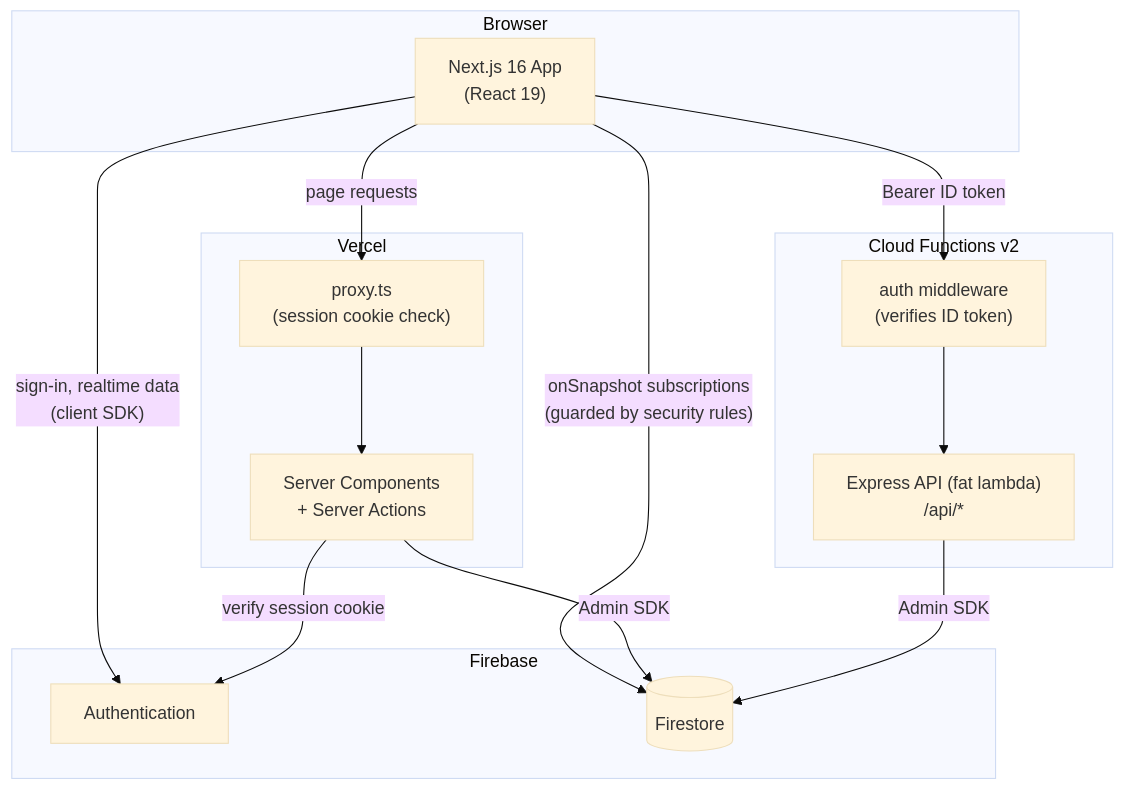
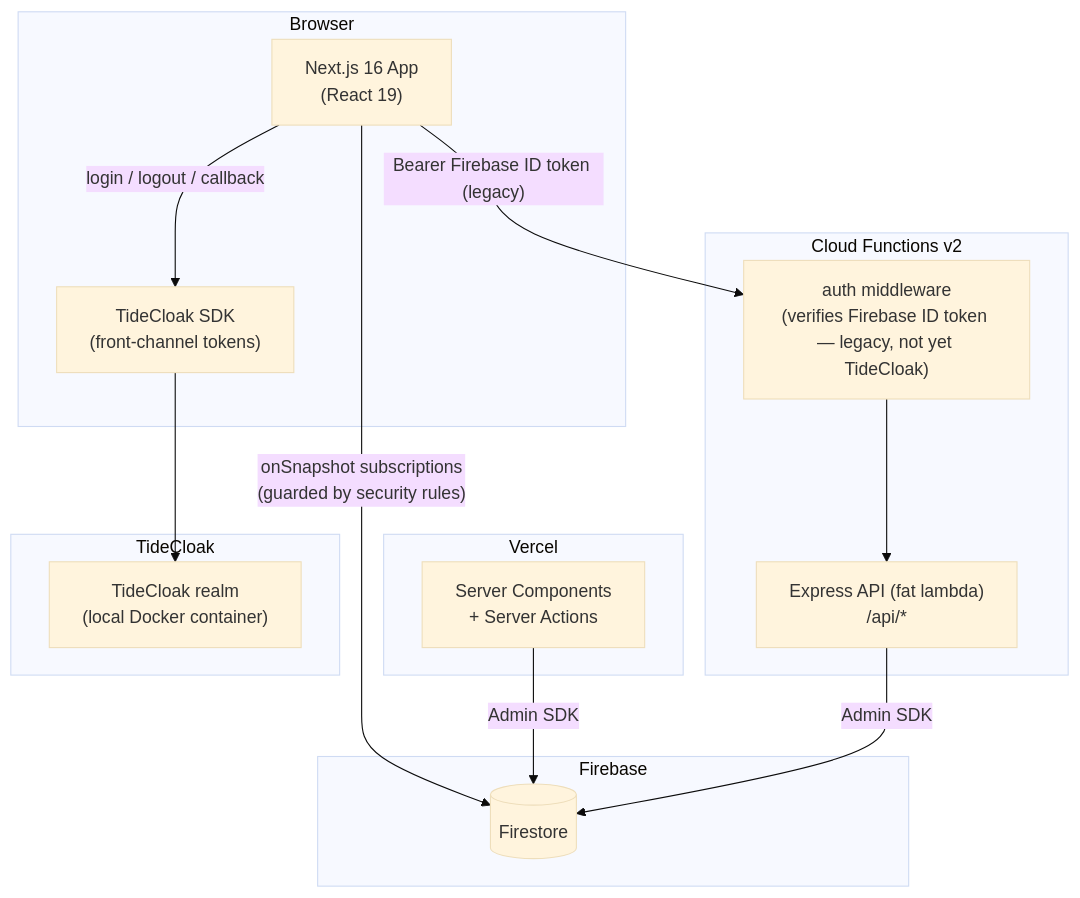
The first of 2 diagrams in docs/ARCHITECTURE.md (s3945794/Cyber-Immunity-Hackathon-Project-3), drawn with Mermaid (base theme) before and after one commit. The commit also changed other lines of this file and 39 other files, not shown here.

````diff
--- a/docs/ARCHITECTURE.md
+++ b/docs/ARCHITECTURE.md
@@ -9,29 +16,30 @@
 ```mermaid
 flowchart TB
     subgraph Browser
         UI["Next.js 16 App<br/>(React 19)"]
+        TC["TideCloak SDK<br/>(front-channel tokens)"]
     end
 
     subgraph Vercel
         SC["Server Components<br/>+ Server Actions"]
-        PROXY["proxy.ts<br/>(session cookie check)"]
     end
 
     subgraph "Cloud Functions v2"
         API["Express API (fat lambda)<br/>/api/*"]
-        MW["auth middleware<br/>(verifies ID token)"]
+        MW["auth middleware<br/>(verifies Firebase ID token — legacy, not yet TideCloak)"]
+    end
+
+    subgraph TideCloak
+        TCS["TideCloak realm<br/>(local Docker container)"]
     end
 
     subgraph Firebase
-        AUTH["Authentication"]
         FS[("Firestore")]
     end
 
-    UI -->|"page requests"| PROXY --> SC
-    UI -->|"sign-in, realtime data<br/>(client SDK)"| AUTH
+    UI -->|"login / logout / callback"| TC --> TCS
     UI -->|"onSnapshot subscriptions<br/>(guarded by security rules)"| FS
-    UI -->|"Bearer ID token"| MW --> API
+    UI -->|"Bearer Firebase ID token (legacy)"| MW --> API
     SC -->|"Admin SDK"| FS
-    SC -->|"verify session cookie"| AUTH
     API -->|"Admin SDK"| FS
 ```
````
